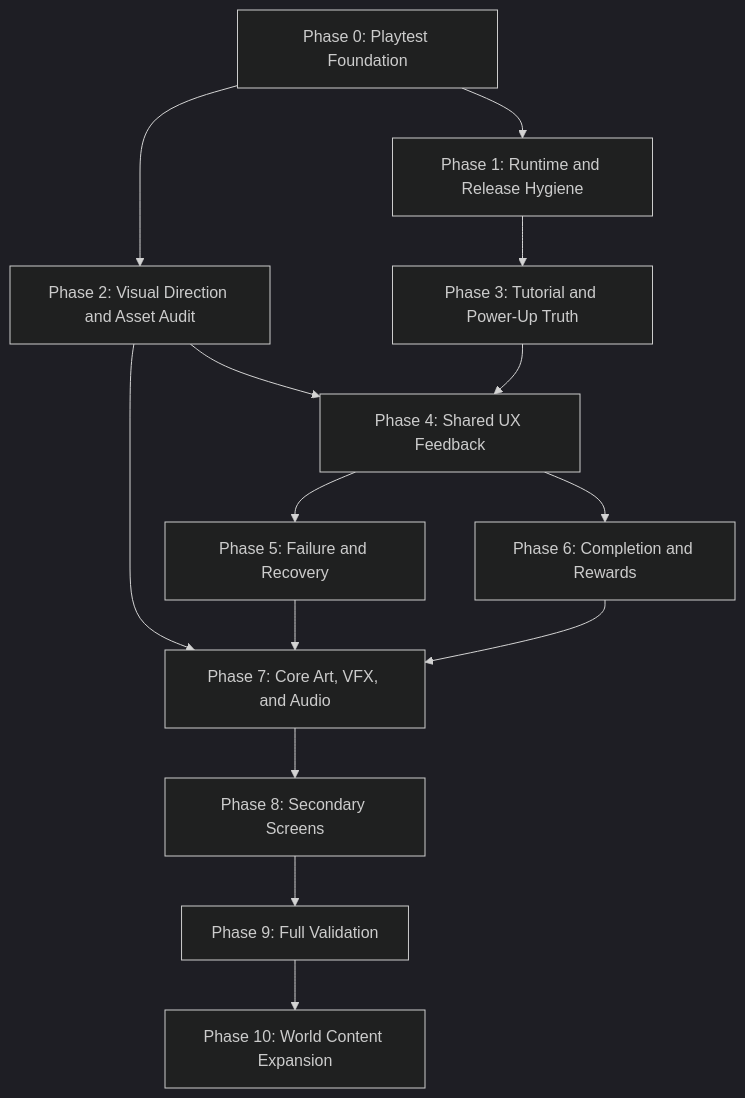
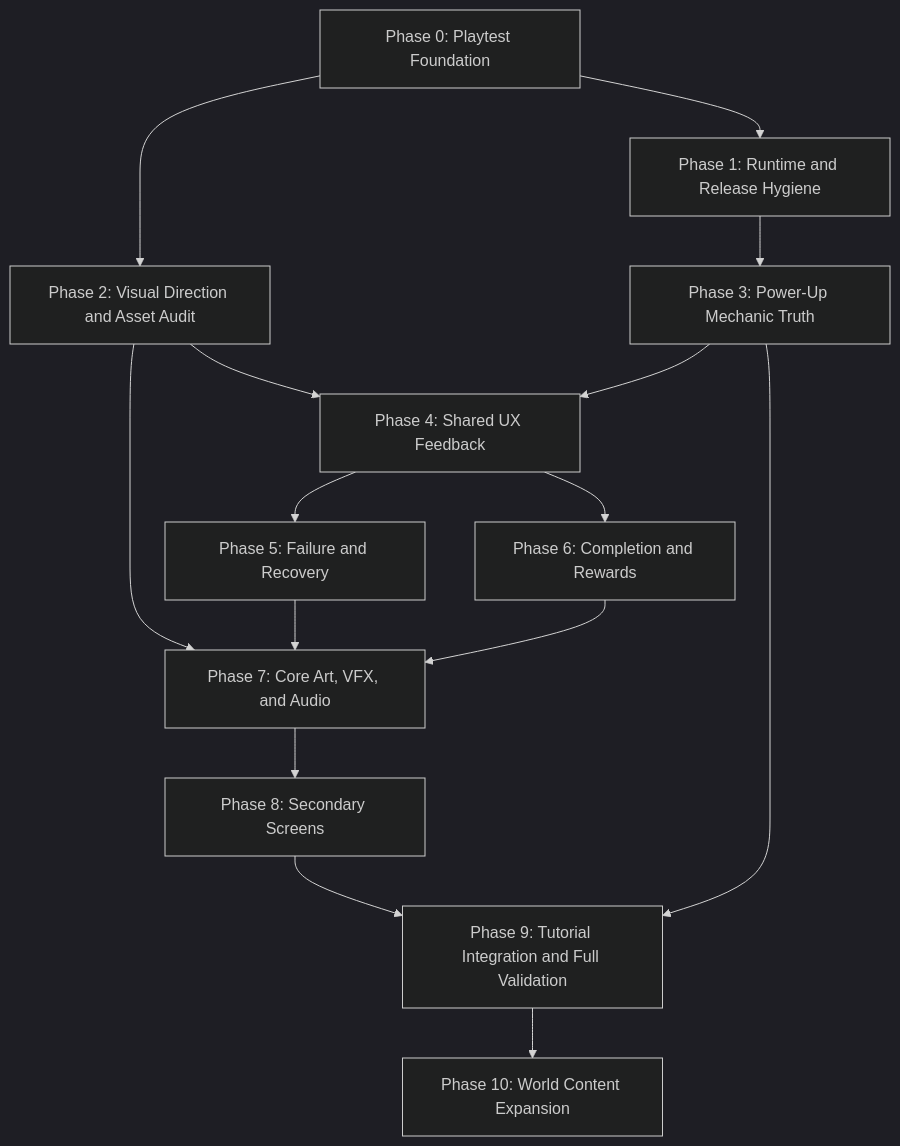
One commit to Jonsi/Knife-Toss changed the diagram in CORE_GAMEPLAY_REFINEMENT_PHASES.md. Above: the diagram before and after it, drawn with Mermaid (dark theme). The commit also changed other lines of this file and 1 other file, not shown here.

Commit message:
Defer tutorial integration until final validation

````diff
--- a/CORE_GAMEPLAY_REFINEMENT_PHASES.md
+++ b/CORE_GAMEPLAY_REFINEMENT_PHASES.md
@@ -39,16 +39,17 @@
 ```mermaid
 flowchart TD
     P0["Phase 0: Playtest Foundation"] --> P1["Phase 1: Runtime and Release Hygiene"]
     P0 --> P2["Phase 2: Visual Direction and Asset Audit"]
-    P1 --> P3["Phase 3: Tutorial and Power-Up Truth"]
+    P1 --> P3["Phase 3: Power-Up Mechanic Truth"]
     P2 --> P4["Phase 4: Shared UX Feedback"]
     P3 --> P4
     P4 --> P5["Phase 5: Failure and Recovery"]
     P4 --> P6["Phase 6: Completion and Rewards"]
     P2 --> P7["Phase 7: Core Art, VFX, and Audio"]
     P5 --> P7
     P6 --> P7
     P7 --> P8["Phase 8: Secondary Screens"]
-    P8 --> P9["Phase 9: Full Validation"]
+    P8 --> P9["Phase 9: Tutorial Integration and Full Validation"]
+    P3 --> P9
     P9 --> P10["Phase 10: World Content Expansion"]
 ```
````
